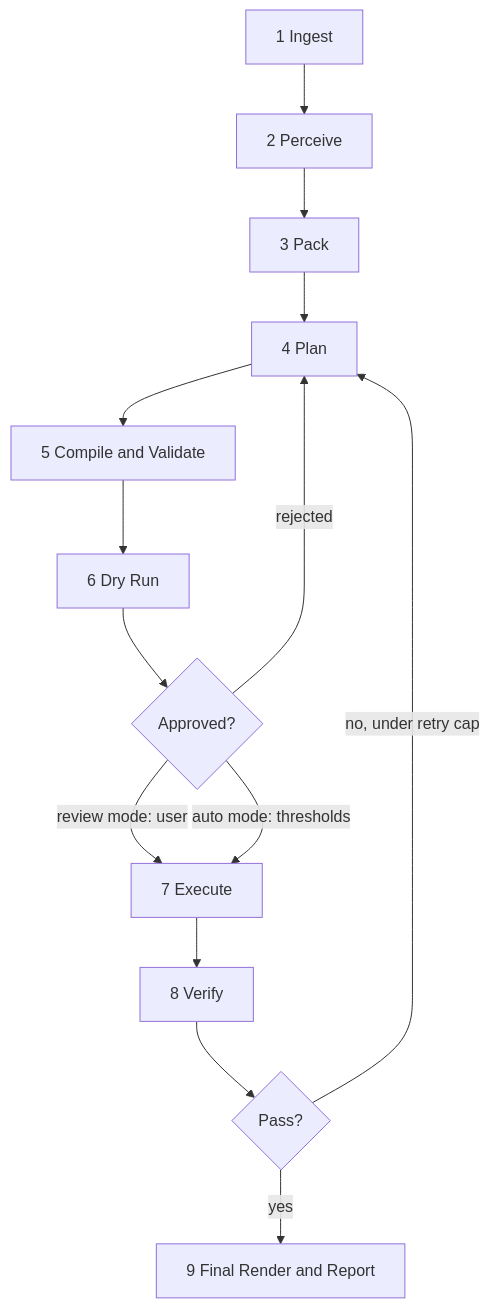
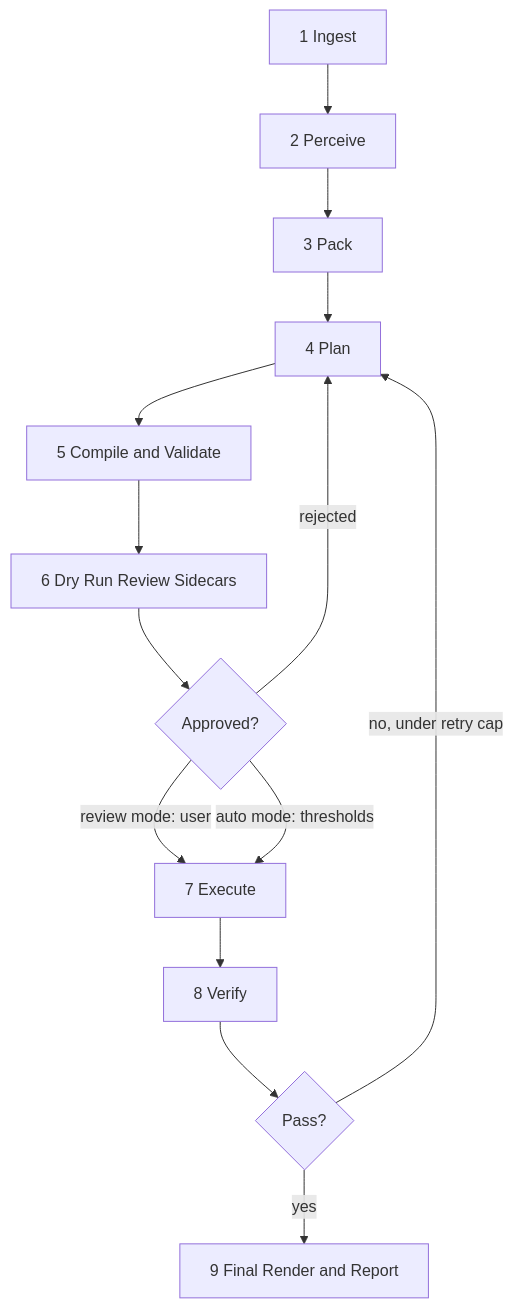
Before and after one commit to rkohnmn/qwen-vegas-agent: the third of 4 diagrams in ARCHITECTURE.md, drawn with Mermaid. The commit also changed other lines of this file and 13 other files, not shown here.

````diff
--- a/ARCHITECTURE.md
+++ b/ARCHITECTURE.md
@@ -242,16 +242,16 @@
 ```mermaid
 flowchart TD
     A[1 Ingest] --> B[2 Perceive]
     B --> C[3 Pack]
     C --> D[4 Plan]
     D --> E[5 Compile and Validate]
-    E --> F[6 Dry Run]
+    E --> F[6 Dry Run Review Sidecars]
     F --> G{Approved?}
     G -- review mode: user --> H[7 Execute]
     G -- auto mode: thresholds --> H
     G -- rejected --> D
     H --> I[8 Verify]
     I --> J{Pass?}
     J -- no, under retry cap --> D
     J -- yes --> K[9 Final Render and Report]
 ```
````
